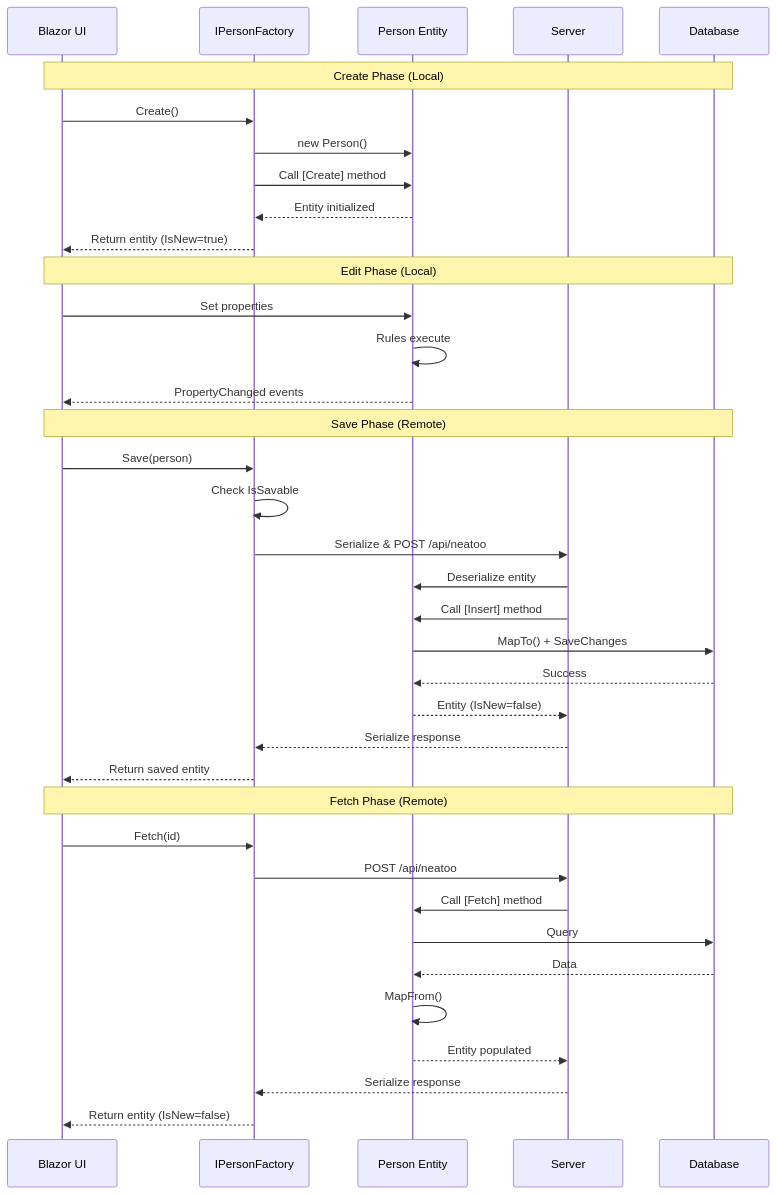
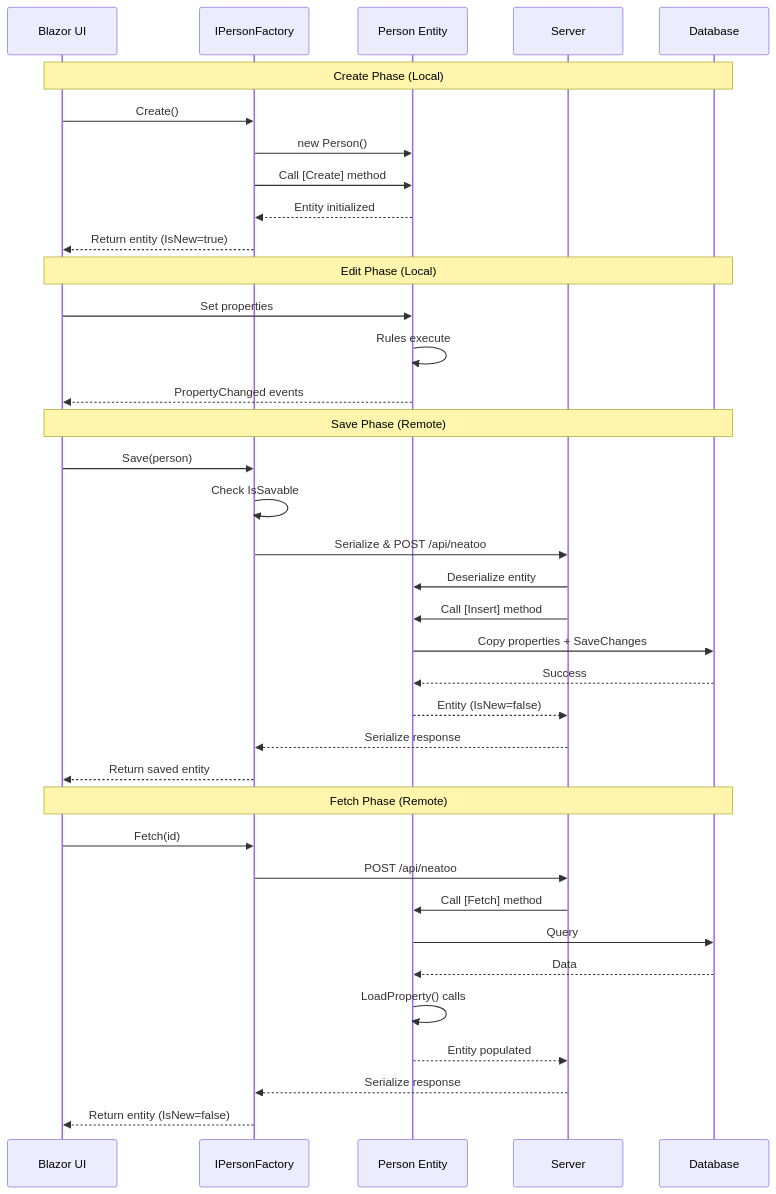
One commit to NeatooDotNet/neatoodotnet.github.io changed the second of 2 diagrams in _pages/concepts/factories-overview.md. Above: the diagram before and after it, drawn with Mermaid. The commit also changed other lines of this file and 13 other files, not shown here.

````diff
--- a/_pages/concepts/factories-overview.md
+++ b/_pages/concepts/factories-overview.md
@@ -595,43 +617,43 @@
 ```mermaid
 sequenceDiagram
     participant UI as Blazor UI
     participant F as IPersonFactory
     participant P as Person Entity
     participant S as Server
     participant DB as Database
 
     Note over UI,DB: Create Phase (Local)
     UI->>F: Create()
     F->>P: new Person()
     F->>P: Call [Create] method
     P-->>F: Entity initialized
     F-->>UI: Return entity (IsNew=true)
 
     Note over UI,DB: Edit Phase (Local)
     UI->>P: Set properties
     P->>P: Rules execute
     P-->>UI: PropertyChanged events
 
     Note over UI,DB: Save Phase (Remote)
     UI->>F: Save(person)
     F->>F: Check IsSavable
     F->>S: Serialize & POST /api/neatoo
     S->>P: Deserialize entity
     S->>P: Call [Insert] method
-    P->>DB: MapTo() + SaveChanges
+    P->>DB: Copy properties + SaveChanges
     DB-->>P: Success
     P-->>S: Entity (IsNew=false)
     S-->>F: Serialize response
     F-->>UI: Return saved entity
 
     Note over UI,DB: Fetch Phase (Remote)
     UI->>F: Fetch(id)
     F->>S: POST /api/neatoo
     S->>P: Call [Fetch] method
     P->>DB: Query
     DB-->>P: Data
-    P->>P: MapFrom()
+    P->>P: LoadProperty() calls
     P-->>S: Entity populated
     S-->>F: Serialize response
     F-->>UI: Return entity (IsNew=false)
 ```
````
